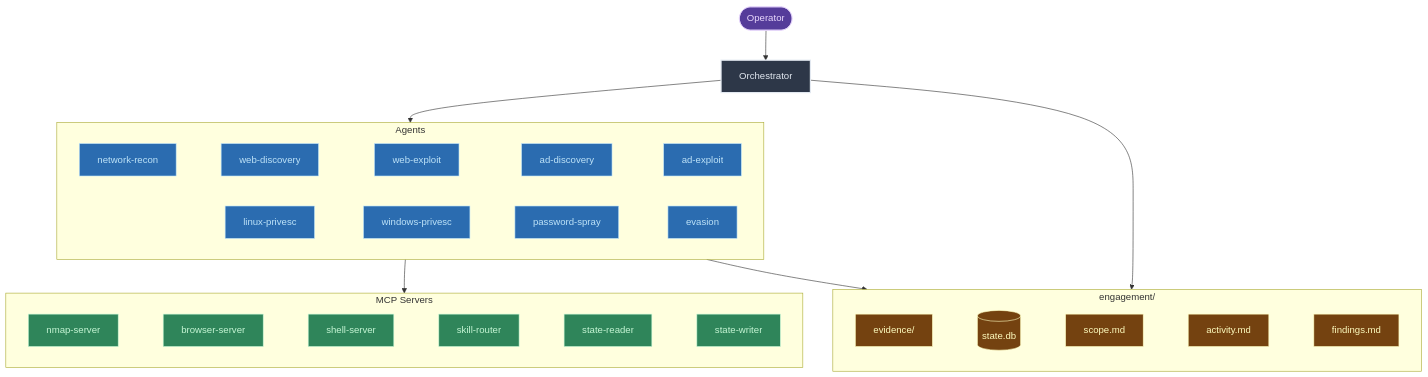
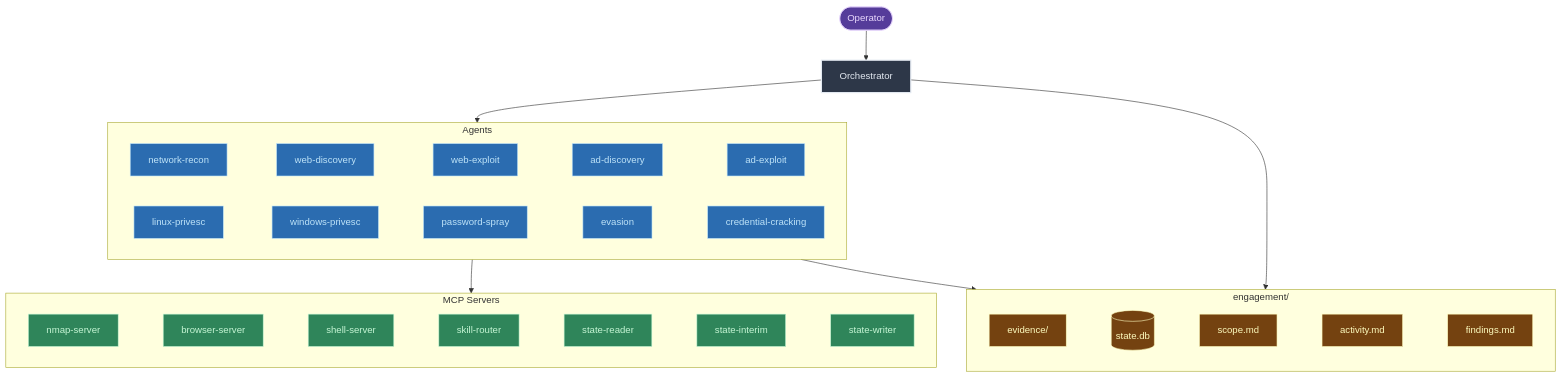
Before and after one commit to blacklanternsecurity/red-run: the first of 3 diagrams in ARCHITECTURE.md, drawn with Mermaid. The commit also changed other lines of this file and 16 other files, not shown here.

````diff
--- a/ARCHITECTURE.md
+++ b/ARCHITECTURE.md
@@ -9,42 +9,42 @@
 ```mermaid
 graph TD
     User([Operator])
     User --> Orch[Orchestrator]
 
     Orch --> Agents
 
     subgraph Agents["Agents"]
         direction LR
         NetRecon[network-recon] ~~~ WebDisc[web-discovery] ~~~ WebExpl[web-exploit] ~~~ ADDisc[ad-discovery] ~~~ ADExpl[ad-exploit]
-        LinPE[linux-privesc] ~~~ WinPE[windows-privesc] ~~~ PwSpray[password-spray] ~~~ Evasion[evasion]
+        LinPE[linux-privesc] ~~~ WinPE[windows-privesc] ~~~ PwSpray[password-spray] ~~~ Evasion[evasion] ~~~ CredCrack[credential-cracking]
     end
 
     Agents --> MCP
 
     subgraph MCP["MCP Servers"]
         direction LR
-        NmapSrv[nmap-server] ~~~ BrowserSrv[browser-server] ~~~ ShellSrv[shell-server] ~~~ SkillRouter[skill-router] ~~~ StateR[state-reader] ~~~ StateW[state-writer]
+        NmapSrv[nmap-server] ~~~ BrowserSrv[browser-server] ~~~ ShellSrv[shell-server] ~~~ SkillRouter[skill-router] ~~~ StateR[state-reader] ~~~ StateI[state-interim] ~~~ StateW[state-writer]
     end
 
     Agents --> Engage
 
     subgraph Engage["engagement/"]
         direction LR
         Evidence[evidence/] ~~~ DB[(state.db)] ~~~ ScopeMD[scope.md] ~~~ ActivityMD[activity.md] ~~~ FindingsMD[findings.md]
     end
 
     Orch --> Engage
 
     %% Styling
     classDef orch fill:#2d3748,stroke:#e2e8f0,color:#e2e8f0,stroke-width:2px
     classDef agent fill:#2b6cb0,stroke:#bee3f8,color:#bee3f8
     classDef mcp fill:#2f855a,stroke:#c6f6d5,color:#c6f6d5
     classDef storage fill:#744210,stroke:#fefcbf,color:#fefcbf
     classDef user fill:#553c9a,stroke:#e9d8fd,color:#e9d8fd
 
     class Orch orch
-    class NetRecon,WebDisc,WebExpl,ADDisc,ADExpl,PwSpray,LinPE,WinPE,Evasion agent
-    class SkillRouter,NmapSrv,ShellSrv,BrowserSrv,StateR,StateW mcp
+    class NetRecon,WebDisc,WebExpl,ADDisc,ADExpl,PwSpray,LinPE,WinPE,Evasion,CredCrack agent
+    class SkillRouter,NmapSrv,ShellSrv,BrowserSrv,StateR,StateI,StateW mcp
     class DB,ScopeMD,ActivityMD,FindingsMD,Evidence storage
     class User user
 ```
````
